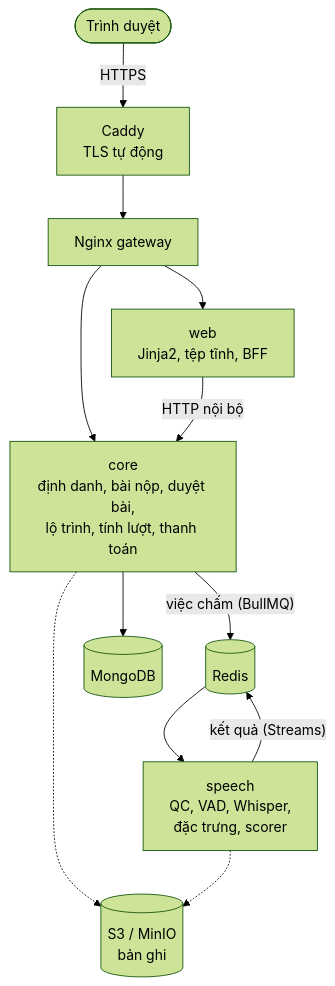
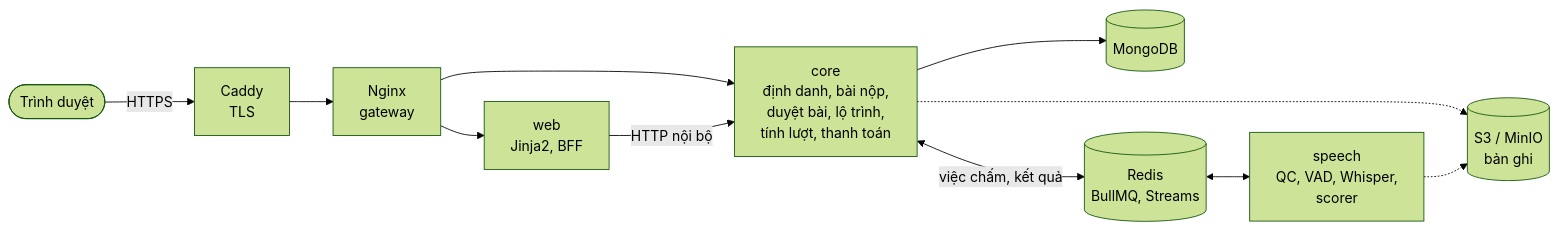
The second of 3 diagrams in README.md (ThanhSangLouis/ai-assessor-cefr), drawn with Mermaid (forest theme) before and after one commit. The commit also changed other lines of this file, not shown here.

Commit message:
docs: sắp lại hai sơ đồ Mermaid trong README cho gọn

````diff
--- a/README.md
+++ b/README.md
@@ -126,14 +124,12 @@
 ```mermaid
-flowchart TB
-    U(["Trình duyệt"]) -->|HTTPS| CA["Caddy<br/>TLS tự động"]
-    CA --> GW["Nginx gateway"]
-    GW --> WEB["web<br/>Jinja2, tệp tĩnh, BFF"]
-    GW --> CORE["core<br/>định danh, bài nộp, duyệt bài,<br/>lộ trình, tính lượt, thanh toán"]
+flowchart LR
+    U(["Trình duyệt"]) -->|HTTPS| CA["Caddy<br/>TLS"] --> GW["Nginx<br/>gateway"]
+    GW --> WEB["web<br/>Jinja2, BFF"]
+    GW --> CORE["core<br/>định danh, bài nộp,<br/>duyệt bài, lộ trình,<br/>tính lượt, thanh toán"]
     WEB -->|HTTP nội bộ| CORE
-    CORE -->|"việc chấm (BullMQ)"| R[("Redis")]
-    R --> SP["speech<br/>QC, VAD, Whisper,<br/>đặc trưng, scorer"]
-    SP -->|"kết quả (Streams)"| R
     CORE --> M[("MongoDB")]
+    CORE <-->|"việc chấm, kết quả"| R[("Redis<br/>BullMQ, Streams")]
+    R <--> SP["speech<br/>QC, VAD, Whisper,<br/>scorer"]
     CORE -.-> S3[("S3 / MinIO<br/>bản ghi")]
     SP -.-> S3
 ```
````
